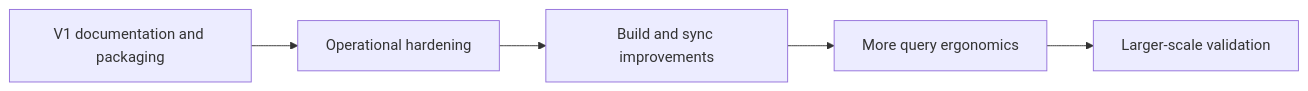
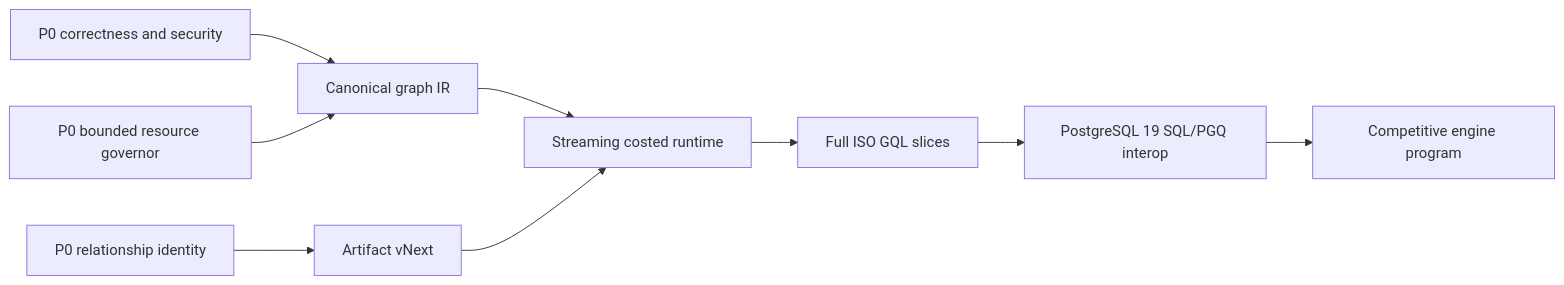
Before and after one commit to Evokoa/pgGraph: the diagram in docs/roadmap.mdx, drawn with Mermaid. The commit also changed other lines of this file and 12 other files, not shown here.

First line of the commit message:
docs(roadmap): define full graph engine program

````diff
--- a/docs/roadmap.mdx
+++ b/docs/roadmap.mdx
@@ -52,7 +53,11 @@
 ```mermaid
 flowchart LR
-  A["V1 documentation and packaging"] --> B["Operational hardening"]
-  B --> C["Build and sync improvements"]
-  C --> D["More query ergonomics"]
-  D --> E["Larger-scale validation"]
+  A["P0 correctness and security"] --> D["Canonical graph IR"]
+  B["P0 bounded resource governor"] --> D
+  C["P0 relationship identity"] --> E["Artifact vNext"]
+  D --> F["Streaming costed runtime"]
+  E --> F
+  F --> G["Full ISO GQL slices"]
+  G --> H["PostgreSQL 19 SQL/PGQ interop"]
+  H --> I["Competitive engine program"]
 ```
````
